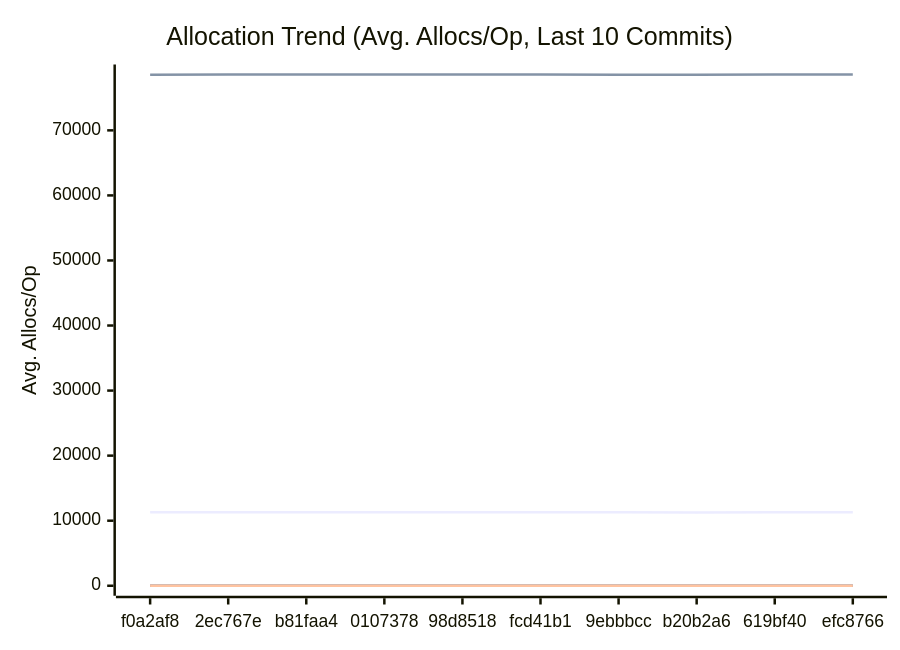
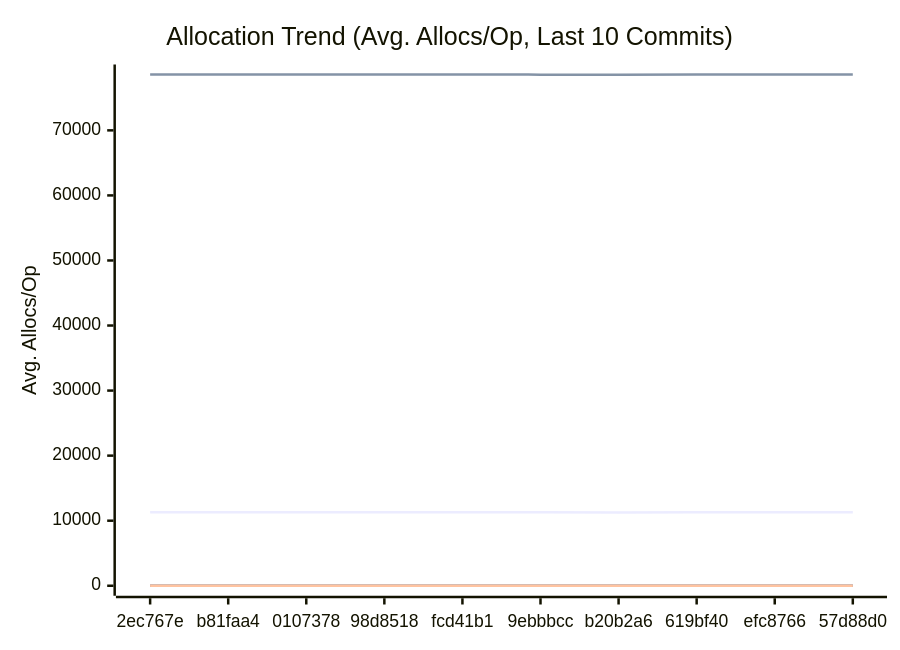
One commit to alsotoes/momo changed the third of 3 diagrams in docs/PERFORMANCE.md. Above: the diagram before and after it, drawn with Mermaid. The commit also changed other lines of this file and 3 other files, not shown here.

````diff
--- a/docs/PERFORMANCE.md
+++ b/docs/PERFORMANCE.md
@@ -197,20 +197,20 @@
 ```mermaid
 xychart-beta
     title "Allocation Trend (Avg. Allocs/Op, Last 10 Commits)"
     x-axis "Commit"
     y-axis "Avg. Allocs/Op"
-    x-axis [f0a2af8,2ec767e,b81faa4,0107378,98d8518,fcd41b1,9ebbbcc,b20b2a6,619bf40,efc8766]
-    line "AWSChunkedReaderSigned" [11279,11295,11290,11295,11316,11296,11282,11271,11298,11289]
-    line "AWSChunkedReaderUnsigned" [78565,78569,78578,78577,78586,78573,78566,78562,78570,78567]
+    x-axis [2ec767e,b81faa4,0107378,98d8518,fcd41b1,9ebbbcc,b20b2a6,619bf40,efc8766,57d88d0]
+    line "AWSChunkedReaderSigned" [11295,11290,11295,11316,11296,11282,11271,11298,11289,11296]
+    line "AWSChunkedReaderUnsigned" [78569,78578,78577,78586,78573,78566,78562,78570,78567,78576]
     line "CheckMetricsAndSwap" [0,0,0,0,0,0,0,0,0,0]
     line "CrushOptimized" [0,0,0,0,0,0,0,0,0,0]
     line "CrushOriginal" [3,3,3,3,3,3,3,3,3,3]
     line "IndexDirectTracking" [0,0,0,0,0,0,0,0,0,0]
     line "IndexSearch" [0,0,0,0,0,0,0,0,0,0]
     line "LoadGlobalConfig" [46,46,46,46,46,46,46,46,46,46]
     line "PadString" [1,1,1,1,1,1,1,1,1,1]
     line "ParseReplicationOrder_NoPrealloc" [6,6,6,6,6,5,5,5,5,5]
     line "ParseReplicationOrder_Prealloc" [2,2,2,2,2,1,1,1,1,1]
     line "SanitizeLog/Safe" [0,0,0,0,0,0,0,0,0,0]
     line "SanitizeLog/Unsafe" [1,1,1,1,1,1,1,1,1,1]
 ```
````
